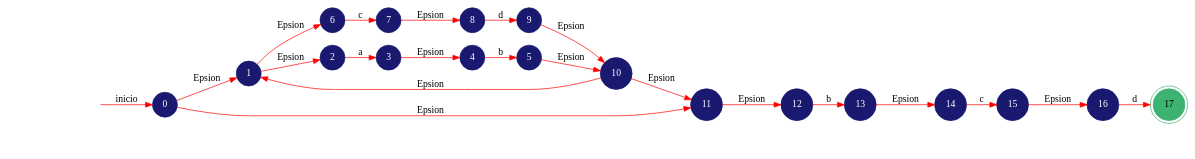
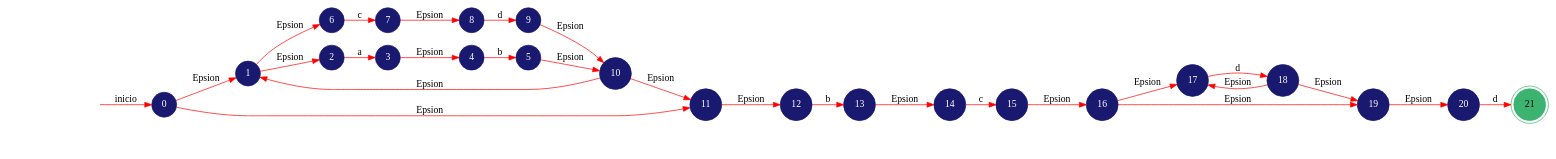
The diagram in Compi1Proyecto1/automata1.dot (AhiezerRamirez/Compi1Proyecto1), drawn with Graphviz before and after one commit. The commit also changed 16 other files, not shown here.

```diff
--- a/Compi1Proyecto1/automata1.dot
+++ b/Compi1Proyecto1/automata1.dot
@@ -1,29 +1,35 @@
 digraph automata_finito {
 	rankdir=LR;
-	node [shape=doublecircle, style = filled,color = mediumseagreen]; "17";
+	node [shape=doublecircle, style = filled,color = mediumseagreen]; "21";
 	node [shape=circle];
 	node [color=midnightblue,fontcolor=white];
 	edge [color=red];
 	secret_node [style=invis];
 	secret_node -> "0" [label="inicio"];
 	"0" -> "1" [label="Epsion"];
 	"0" -> "11" [label="Epsion"];
 	"1" -> "6" [label="Epsion"];
 	"1" -> "2" [label="Epsion"];
 	"2" -> "3" [label="a"];
 	"3" -> "4" [label="Epsion"];
 	"4" -> "5" [label="b"];
 	"5" -> "10" [label="Epsion"];
 	"6" -> "7" [label="c"];
 	"7" -> "8" [label="Epsion"];
 	"8" -> "9" [label="d"];
 	"9" -> "10" [label="Epsion"];
 	"10" -> "1" [label="Epsion"];
 	"10" -> "11" [label="Epsion"];
 	"11" -> "12" [label="Epsion"];
 	"12" -> "13" [label="b"];
 	"13" -> "14" [label="Epsion"];
 	"14" -> "15" [label="c"];
 	"15" -> "16" [label="Epsion"];
-	"16" -> "17" [label="d"];
+	"16" -> "17" [label="Epsion"];
+	"16" -> "19" [label="Epsion"];
+	"17" -> "18" [label="d"];
+	"18" -> "17" [label="Epsion"];
+	"18" -> "19" [label="Epsion"];
+	"19" -> "20" [label="Epsion"];
+	"20" -> "21" [label="d"];
 }
```
